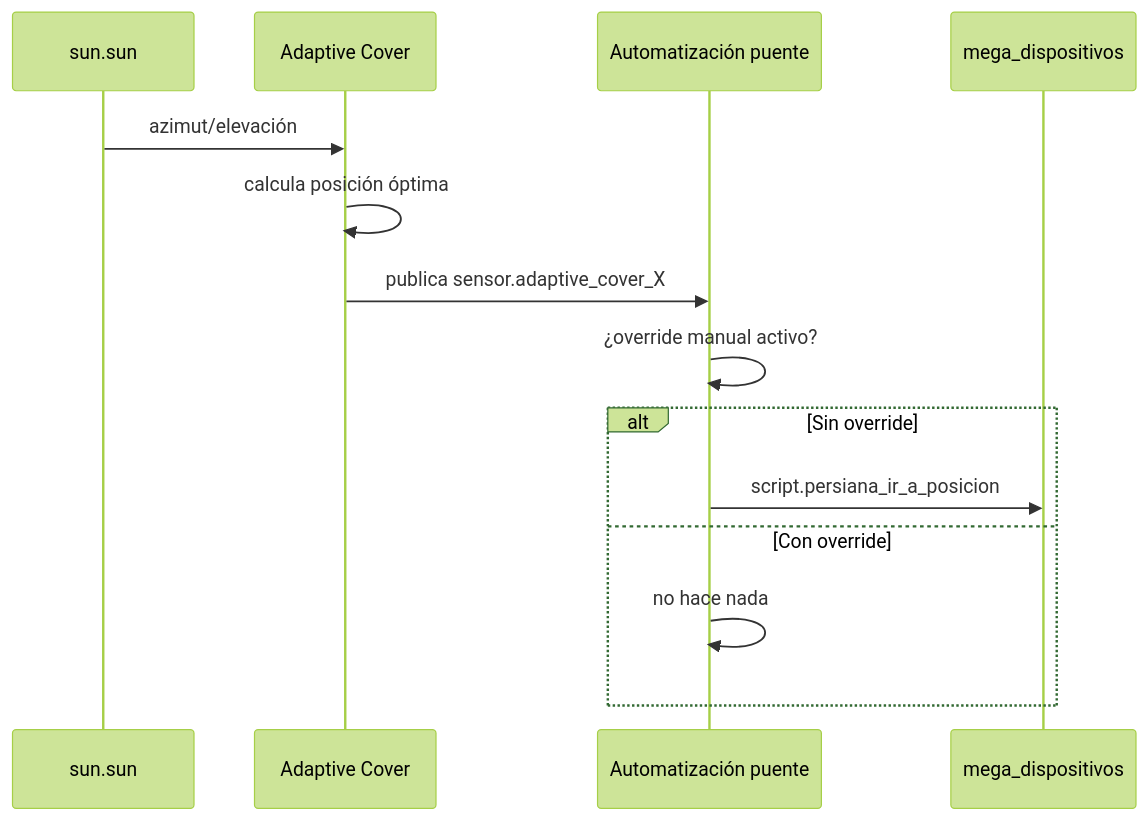
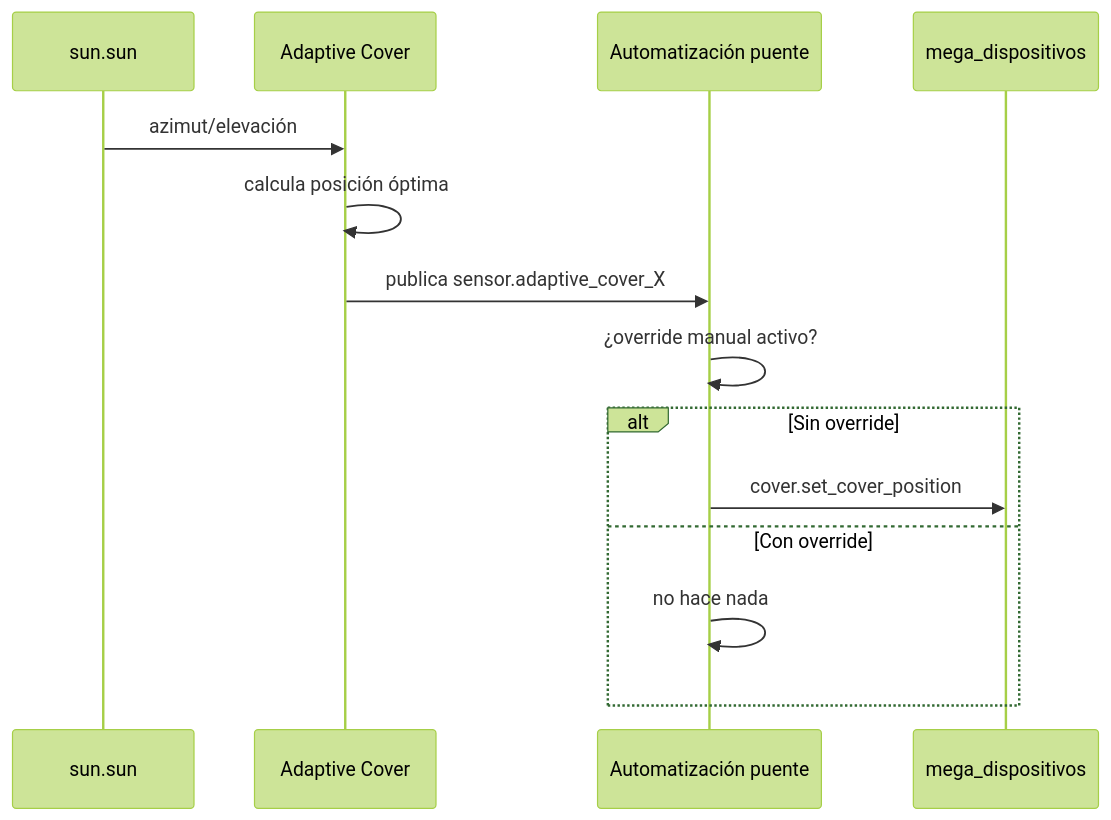
One commit to GerardUmbert/arduino-mega-mqtt-ha changed the diagram in docs/docs/blueprints/adaptive-cover.md. Above: the diagram before and after it, drawn with Mermaid (forest theme). The commit also changed other lines of this file and 8 other files, not shown here.

First line of the commit message:
persiana_pulsador_completo v4.0.0: set_cover_position directo, retira el workaround

````diff
--- a/docs/docs/blueprints/adaptive-cover.md
+++ b/docs/docs/blueprints/adaptive-cover.md
@@ -34,17 +33,17 @@
 ```mermaid
 sequenceDiagram
     participant Sun as sun.sun
     participant AC as Adaptive Cover
     participant Bridge as Automatización puente
     participant Cover as mega_dispositivos
 
     Sun->>AC: azimut/elevación
     AC->>AC: calcula posición óptima
     AC->>Bridge: publica sensor.adaptive_cover_X
     Bridge->>Bridge: ¿override manual activo?
     alt Sin override
-        Bridge->>Cover: script.persiana_ir_a_posicion
+        Bridge->>Cover: cover.set_cover_position
     else Con override
         Bridge->>Bridge: no hace nada
     end
 ```
````
